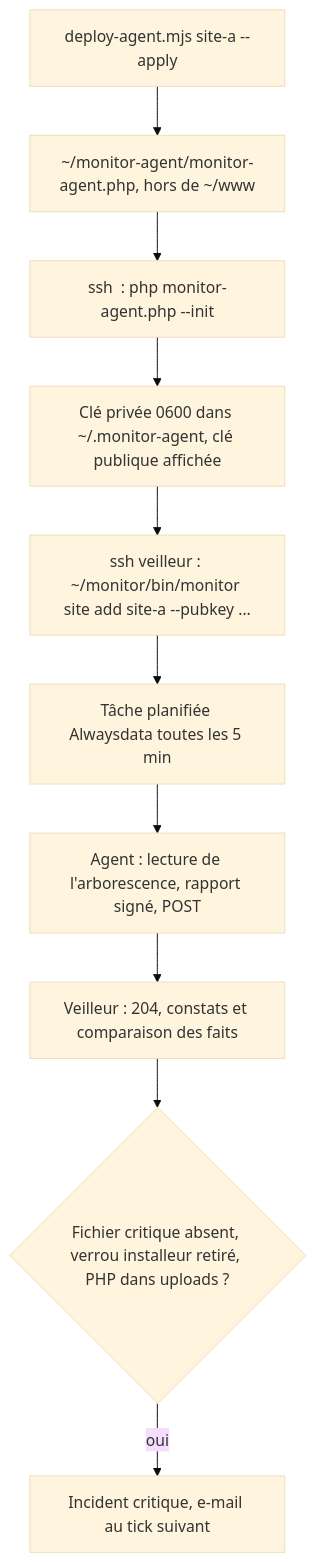
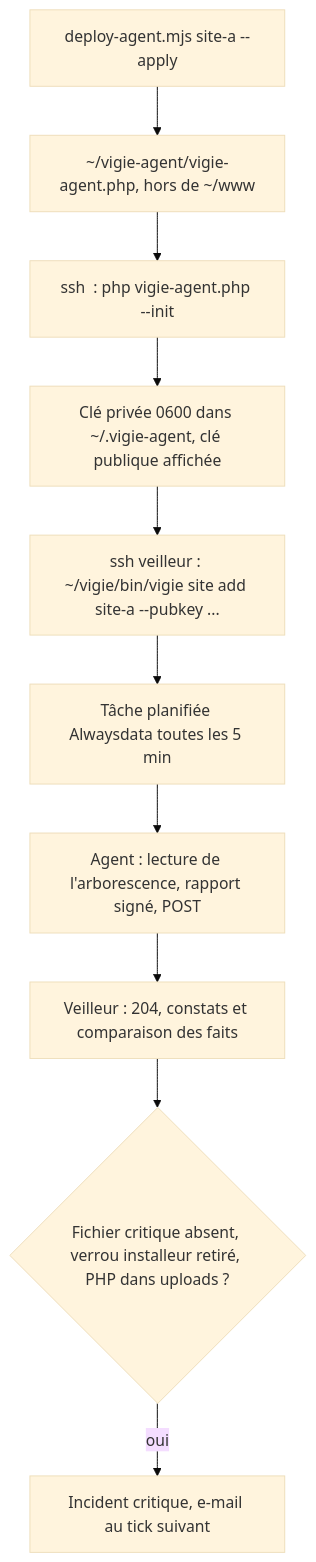
The first of 2 diagrams in aidd_docs/tasks/2026_10/2026_10_15_veilleur-multisites/phase-4.md (RebelliousSmile/alwaysdata_monitor), drawn with Mermaid (base theme) before and after one commit. The commit also changed other lines of this file and 80 other files, not shown here.

First line of the commit message:
refactor(vigie): le projet s'appelle Vigie (monitor/ devient vigie/)

````diff
--- a/aidd_docs/tasks/2026_10/2026_10_15_veilleur-multisites/phase-4.md
+++ b/aidd_docs/tasks/2026_10/2026_10_15_veilleur-multisites/phase-4.md
@@ -34,12 +34,12 @@
 ```mermaid
 flowchart TD
-  A[deploy-agent.mjs site-a --apply] --> B[~/monitor-agent/monitor-agent.php, hors de ~/www]
-  B --> C[ssh <compte-site-a> : php monitor-agent.php --init]
-  C --> D[Clé privée 0600 dans ~/.monitor-agent, clé publique affichée]
-  D --> E[ssh veilleur : ~/monitor/bin/monitor site add site-a --pubkey ...]
+  A[deploy-agent.mjs site-a --apply] --> B[~/vigie-agent/vigie-agent.php, hors de ~/www]
+  B --> C[ssh <compte-site-a> : php vigie-agent.php --init]
+  C --> D[Clé privée 0600 dans ~/.vigie-agent, clé publique affichée]
+  D --> E[ssh veilleur : ~/vigie/bin/vigie site add site-a --pubkey ...]
   E --> F[Tâche planifiée Alwaysdata toutes les 5 min]
   F --> G[Agent : lecture de l'arborescence, rapport signé, POST]
   G --> H[Veilleur : 204, constats et comparaison des faits]
   H --> I{Fichier critique absent, verrou installeur retiré, PHP dans uploads ?}
   I -->|oui| J[Incident critique, e-mail au tick suivant]
 ```
````
